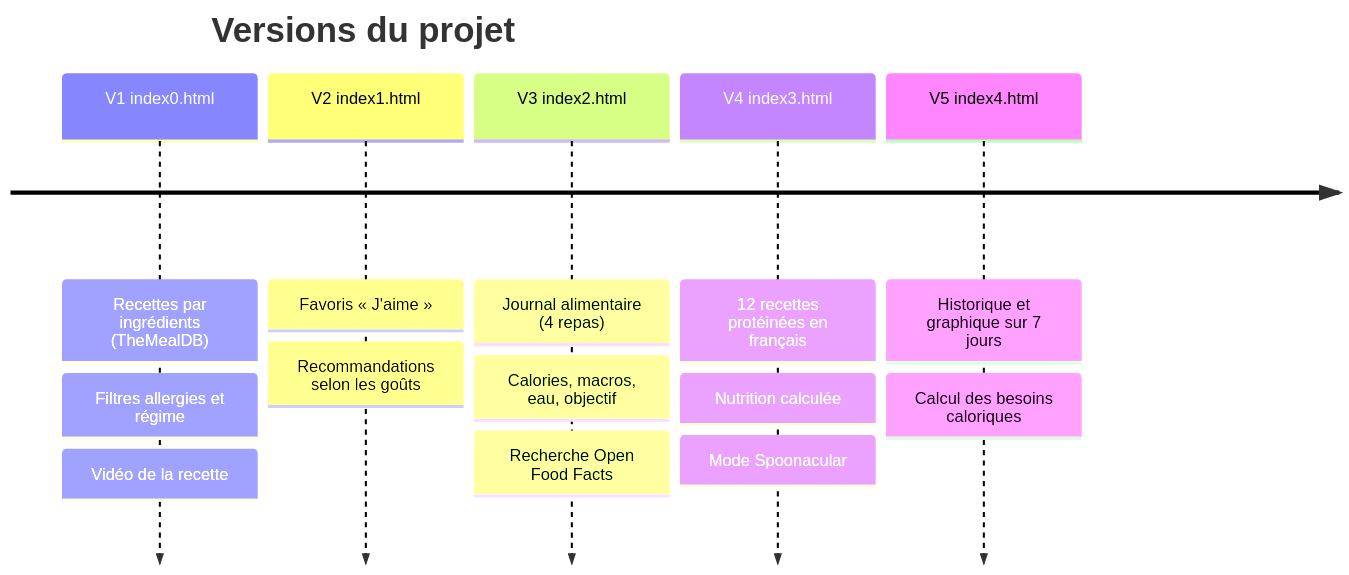
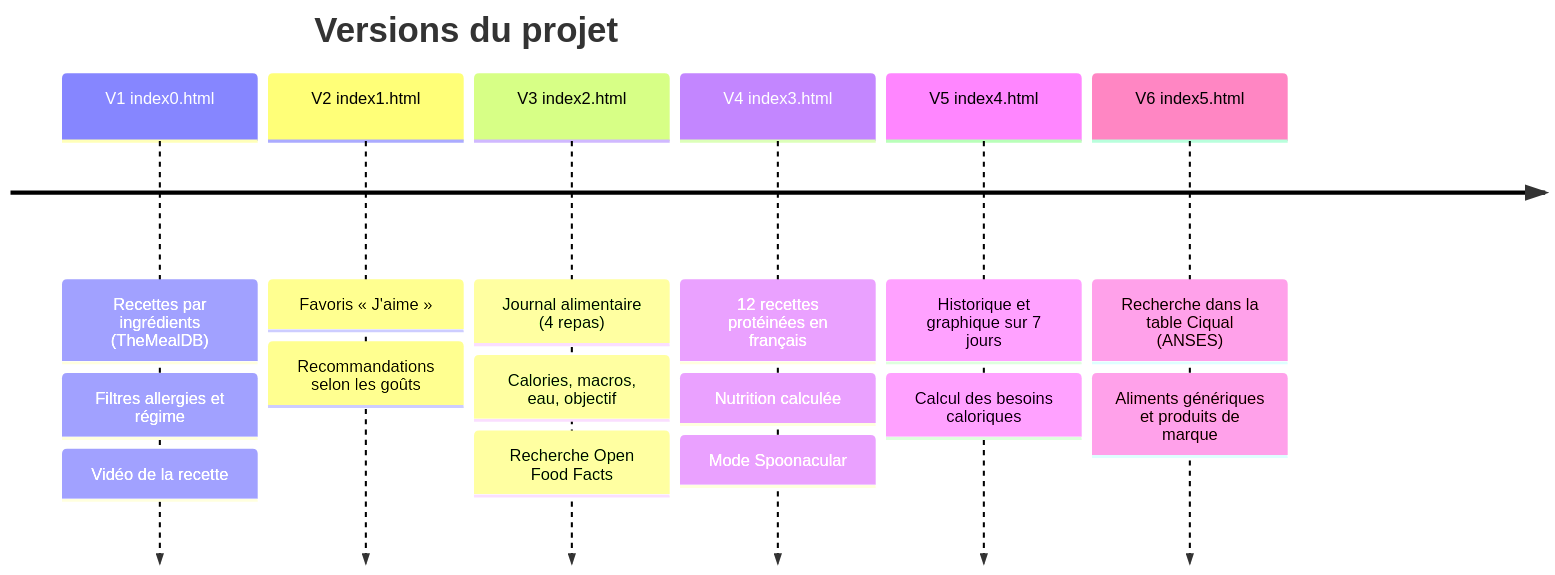
The second of 2 diagrams in accueil.md (Sami-Le/generateur-de-recettes), drawn with Mermaid before and after one commit. The commit also changed other lines of this file and 8 other files, not shown here.

First line of the commit message:
V6 : recherche d'aliments dans la table Ciqual (ANSES) et Open Food Facts

````diff
--- a/accueil.md
+++ b/accueil.md
@@ -45,9 +46,10 @@
 ```mermaid
 timeline
     title Versions du projet
     V1 index0.html : Recettes par ingrédients (TheMealDB) : Filtres allergies et régime : Vidéo de la recette
     V2 index1.html : Favoris « J'aime » : Recommandations selon les goûts
     V3 index2.html : Journal alimentaire (4 repas) : Calories, macros, eau, objectif : Recherche Open Food Facts
     V4 index3.html : 12 recettes protéinées en français : Nutrition calculée : Mode Spoonacular
     V5 index4.html : Historique et graphique sur 7 jours : Calcul des besoins caloriques
+    V6 index5.html : Recherche dans la table Ciqual (ANSES) : Aliments génériques et produits de marque
 ```
````
